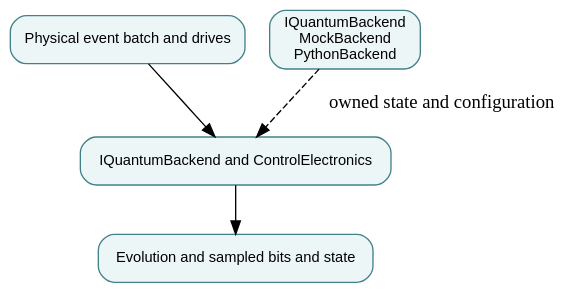
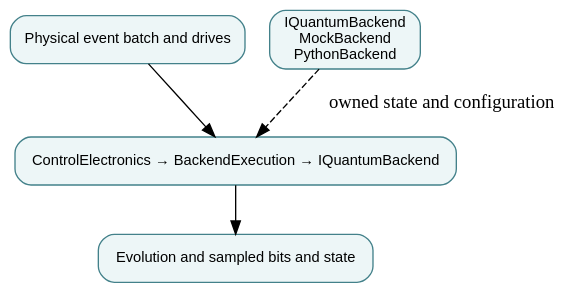
Before and after one commit to qsbit-org/qsbit-sim: the diagram in docs/modules/quantum-device-model.md, drawn with Graphviz. The commit also changed 30 other files, not shown here.

````diff
--- a/docs/modules/quantum-device-model.md
+++ b/docs/modules/quantum-device-model.md
@@ -14,11 +14,11 @@
 ```{graphviz}
 digraph module {
   rankdir=TB; bgcolor="transparent";
   node [shape=box, style="rounded,filled", fillcolor="#edf6f7", color="#43818a", fontname="sans-serif", fontsize=11];
   input [label="Physical event batch and drives"];
-  owner [label="IQuantumBackend and ControlElectronics"];
+  owner [label="ControlElectronics → BackendExecution → IQuantumBackend"];
   state [label="IQuantumBackend\nMockBackend\nPythonBackend"];
   output [label="Evolution and sampled bits and state"];
   input -> owner; owner -> output; state -> owner [style=dashed, label="owned state and configuration"];
 }
 ```
````
